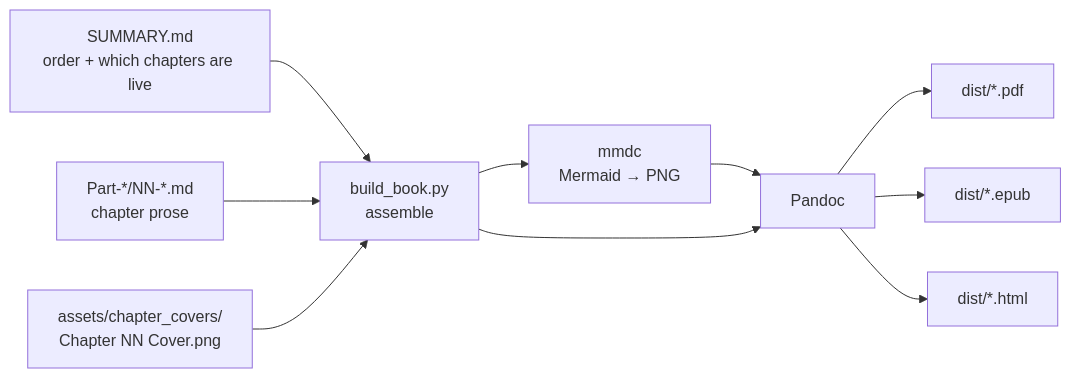
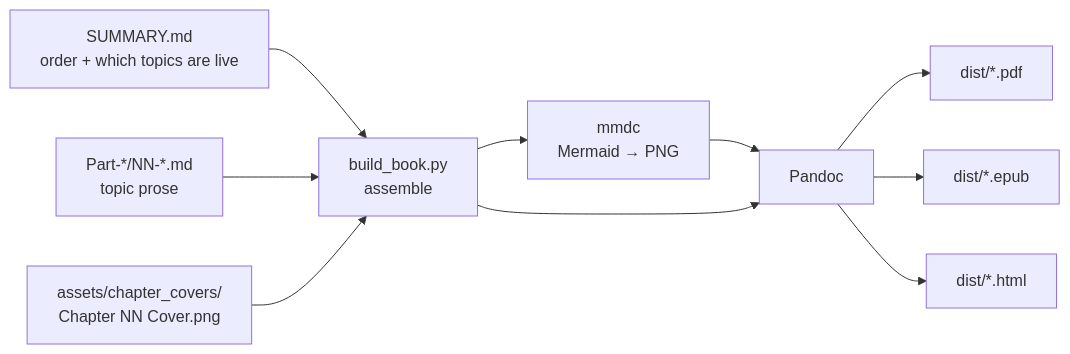
Before and after one commit to nayyabahmed/voltforge_gear: the diagram in BUILD.md, drawn with Mermaid. The commit also changed other lines of this file and 1 other file, not shown here.

First line of the commit message:
Adopt Topic numbering in the build tooling

````diff
--- a/BUILD.md
+++ b/BUILD.md
@@ -21,11 +21,11 @@
 ```mermaid
 flowchart LR
-  S[SUMMARY.md<br/>order + which chapters are live] --> A
-  C[Part-*/NN-*.md<br/>chapter prose] --> A
+  S[SUMMARY.md<br/>order + which topics are live] --> A
+  C[Part-*/NN-*.md<br/>topic prose] --> A
   V[assets/chapter_covers/<br/>Chapter NN Cover.png] --> A
   A[build_book.py<br/>assemble] --> M[mmdc<br/>Mermaid → PNG] --> P
   A --> P[Pandoc]
   P --> PDF[dist/*.pdf]
   P --> EPUB[dist/*.epub]
   P --> HTML[dist/*.html]
 ```
````
